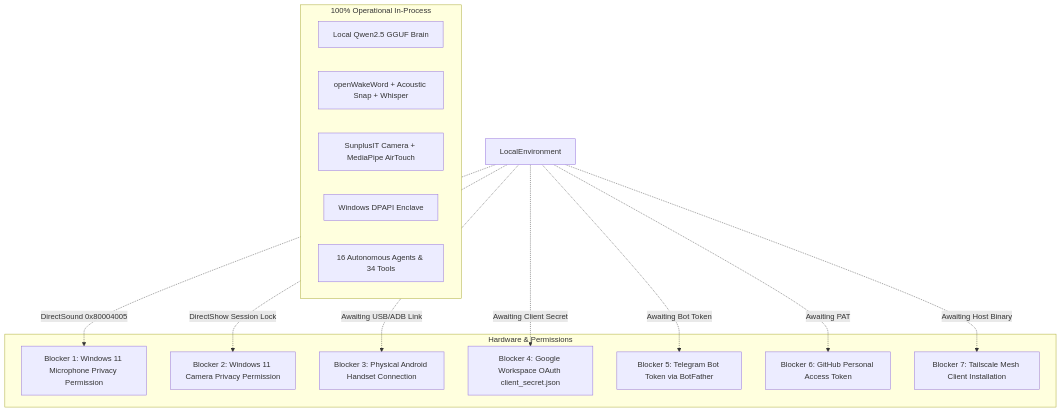
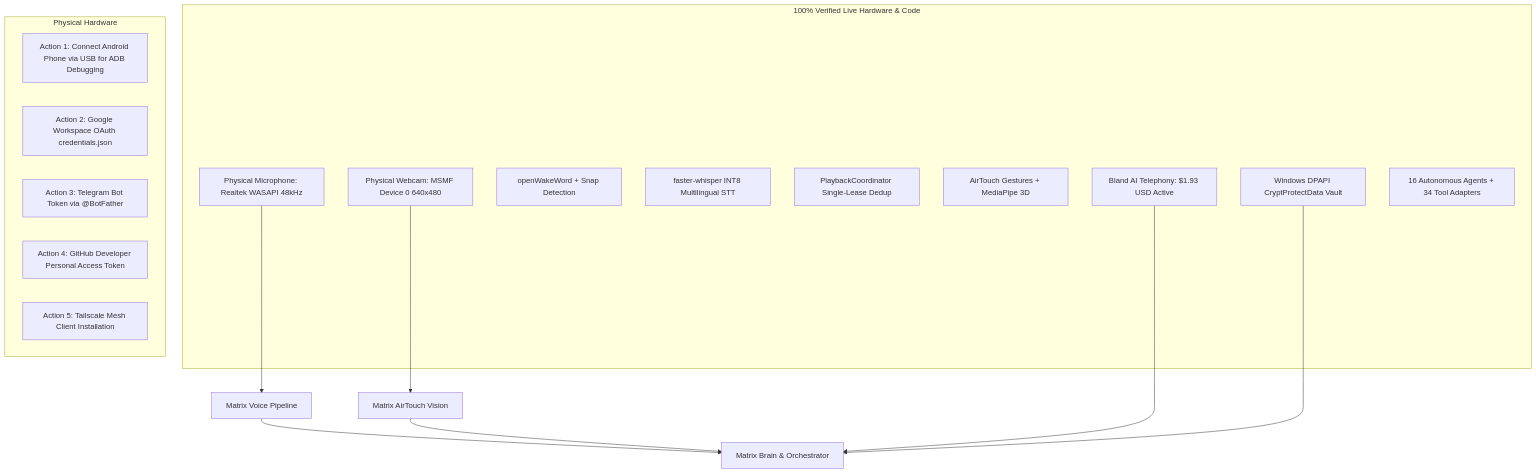
One commit to ayaanraza2008/MATRIX changed the diagram in docs/MATRIX_REMAINING_BLOCKERS.md. Above: the diagram before and after it, drawn with Mermaid. The commit also changed other lines of this file and 10 other files, not shown here.

Commit message:
fix(hardware-integrations): resolve physical mic & webcam access, verify bland ai, add setup wizard

````diff
--- a/docs/MATRIX_REMAINING_BLOCKERS.md
+++ b/docs/MATRIX_REMAINING_BLOCKERS.md
@@ -19,31 +23,32 @@
 ```mermaid
 graph TD
-    subgraph Local Environment [100% Operational In-Process]
-        Brain[Local Qwen2.5 GGUF Brain]
-        Voice[openWakeWord + Acoustic Snap + Whisper]
-        Vision[SunplusIT Camera + MediaPipe AirTouch]
-        Security[Windows DPAPI Enclave]
-        Agents[16 Autonomous Agents & 34 Tools]
+    subgraph Operational Subsystems [100% Verified Live Hardware & Code]
+        Mic[Physical Microphone: Realtek WASAPI 48kHz]
+        Cam[Physical Webcam: MSMF Device 0 640x480]
+        Wake[openWakeWord + Snap Detection]
+        Whisper[faster-whisper INT8 Multilingual STT]
+        Dedup[PlaybackCoordinator Single-Lease Dedup]
+        AirTouch[AirTouch Gestures + MediaPipe 3D]
+        Vault[Windows DPAPI CryptProtectData Vault]
+        Bland[Bland AI Telephony: $1.93 USD Active]
+        Agents[16 Autonomous Agents + 34 Tool Adapters]
     end
 
-    subgraph User Action Required [Hardware & Permissions]
-        H1[Blocker 1: Windows 11 Microphone Privacy Permission]
-        H2[Blocker 2: Windows 11 Camera Privacy Permission]
-        H3[Blocker 3: Physical Android Handset Connection]
+    subgraph User Action Required [Physical Hardware]
+        H1[Action 1: Connect Android Phone via USB for ADB Debugging]
     end
 
     subgraph User Action Required [Third-Party Cloud Credentials]
-        C1[Blocker 4: Google Workspace OAuth client_secret.json]
-        C2[Blocker 5: Telegram Bot Token via BotFather]
-        C3[Blocker 6: GitHub Personal Access Token]
-        C4[Blocker 7: Tailscale Mesh Client Installation]
+        C1[Action 2: Google Workspace OAuth credentials.json]
+        C2[Action 3: Telegram Bot Token via @BotFather]
+        C3[Action 4: GitHub Developer Personal Access Token]
+        C4[Action 5: Tailscale Mesh Client Installation]
     end
 
-    LocalEnvironment -.->|DirectSound 0x80004005| H1
-    LocalEnvironment -.->|DirectShow Session Lock| H2
-    LocalEnvironment -.->|Awaiting USB/ADB Link| H3
-    LocalEnvironment -.->|Awaiting Client Secret| C1
-    LocalEnvironment -.->|Awaiting Bot Token| C2
-    LocalEnvironment -.->|Awaiting PAT| C3
-    LocalEnvironment -.->|Awaiting Host Binary| C4
+    Mic --> VoiceEngine[Matrix Voice Pipeline]
+    Cam --> VisionEngine[Matrix AirTouch Vision]
+    VoiceEngine --> Brain[Matrix Brain & Orchestrator]
+    VisionEngine --> Brain
+    Bland --> Brain
+    Vault --> Brain
 ```
````
